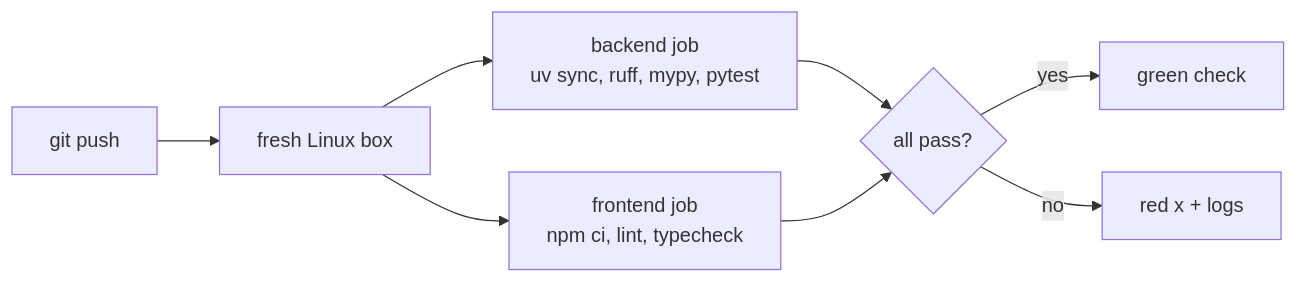
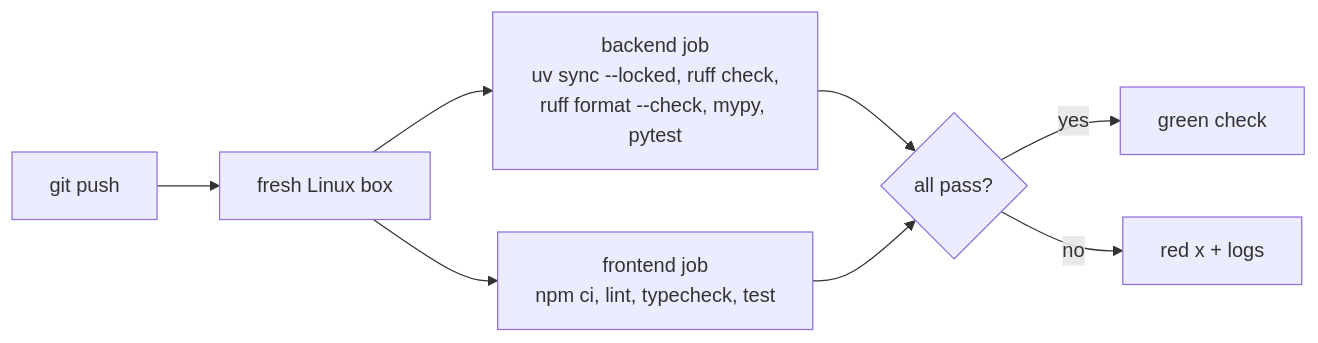
One commit to yashzord/Docs_Copilot changed the fourth of 4 diagrams in docs/learning/tooling.md. Above: the diagram before and after it, drawn with Mermaid. The commit also changed other lines of this file and 10 other files, not shown here.

````diff
--- a/docs/learning/tooling.md
+++ b/docs/learning/tooling.md
@@ -195,10 +208,10 @@
 ```mermaid
 flowchart LR
     P[git push] --> G[fresh Linux box]
-    G --> B[backend job<br/>uv sync, ruff, mypy, pytest]
-    G --> F[frontend job<br/>npm ci, lint, typecheck]
+    G --> B[backend job<br/>uv sync --locked, ruff check,<br/>ruff format --check, mypy, pytest]
+    G --> F[frontend job<br/>npm ci, lint, typecheck, test]
     B --> R{all pass?}
     F --> R
     R -->|yes| OK[green check]
     R -->|no| BAD[red x + logs]
 ```
````
